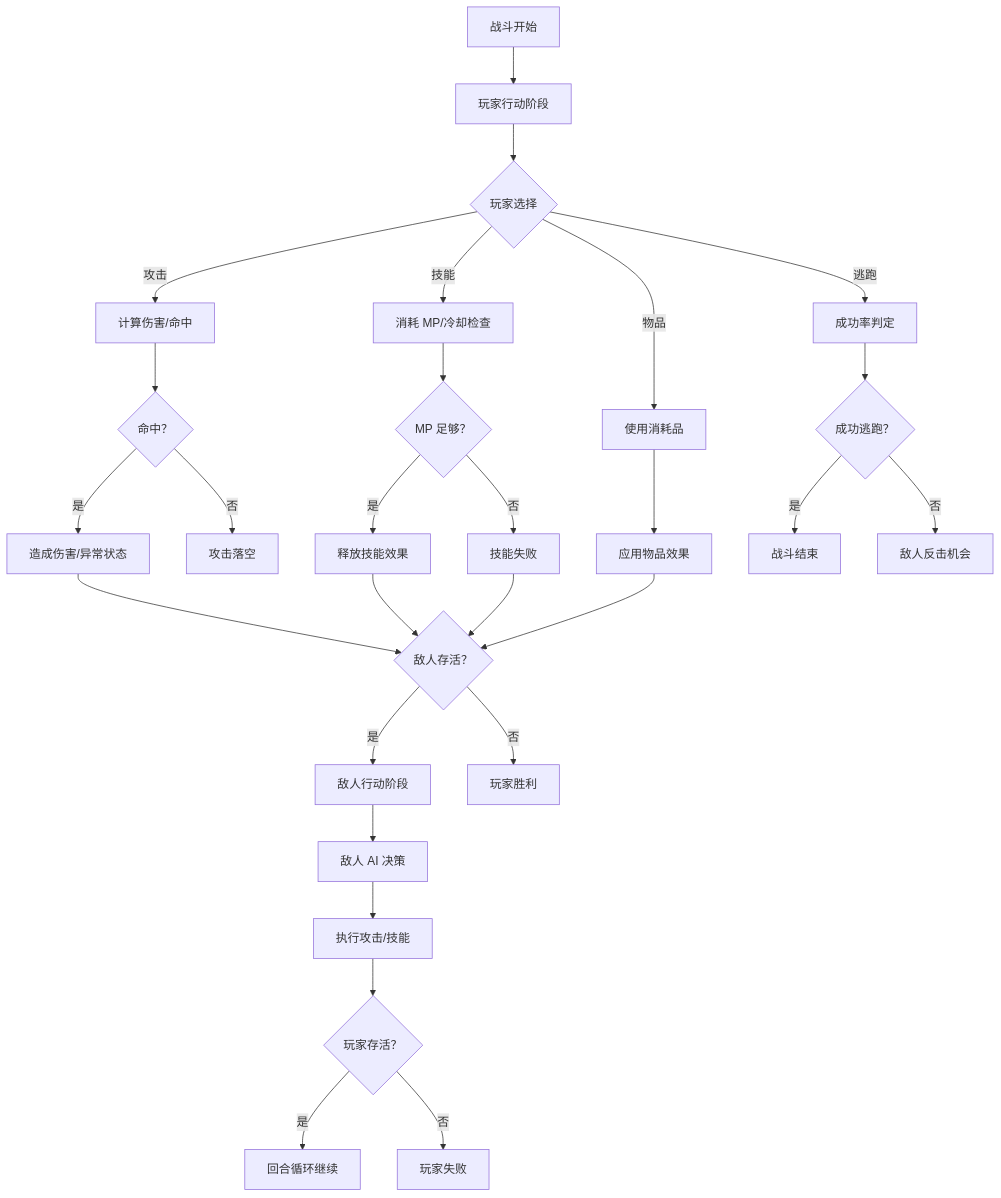
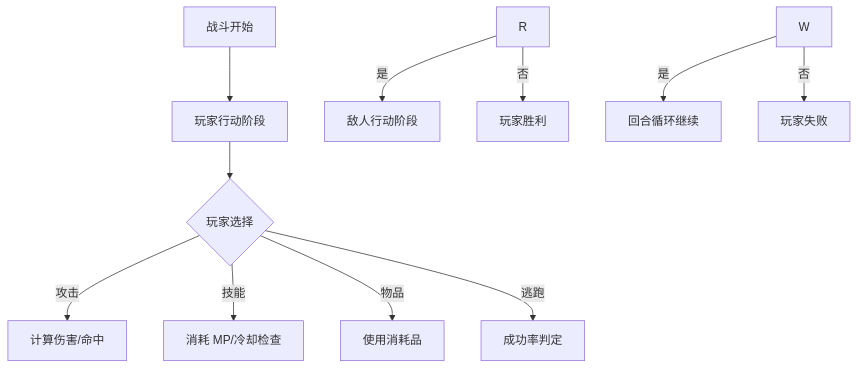
The second of 3 diagrams in design/COMPLETE-GAMEPLAY-DESIGN.md (inewyourhelp/dungeon-extraction-game), drawn with Mermaid before and after one commit. The commit also changed other lines of this file and 4 other files, not shown here.

````diff
--- a/design/COMPLETE-GAMEPLAY-DESIGN.md
+++ b/design/COMPLETE-GAMEPLAY-DESIGN.md
@@ -1057,36 +632,15 @@
 ```mermaid
 graph TD
     A[战斗开始] --> B[玩家行动阶段]
     B --> C{玩家选择}
     C -->|攻击 | D[计算伤害/命中]
     C -->|技能 | E[消耗 MP/冷却检查]
     C -->|物品 | F[使用消耗品]
     C -->|逃跑 | G[成功率判定]
     
-    D --> H{命中？}
-    H -->|是 | I[造成伤害/异常状态]
-    H -->|否 | J[攻击落空]
-    
-    E --> K{MP 足够？}
-    K -->|是 | L[释放技能效果]
-    K -->|否 | M[技能失败]
-    
-    F --> N[应用物品效果]
-    G --> O{成功逃跑？}
-    O -->|是 | P[战斗结束]
-    O -->|否 | Q[敌人反击机会]
-    
-    I --> R{敌人存活？}
-    L --> R
-    M --> R
-    N --> R
-    
     R -->|是 | S[敌人行动阶段]
     R -->|否 | T[玩家胜利]
     
-    S --> U[敌人 AI 决策]
-    U --> V[执行攻击/技能]
-    V --> W{玩家存活？}
     W -->|是 | X[回合循环继续]
     W -->|否 | Y[玩家失败]
 ```
````
